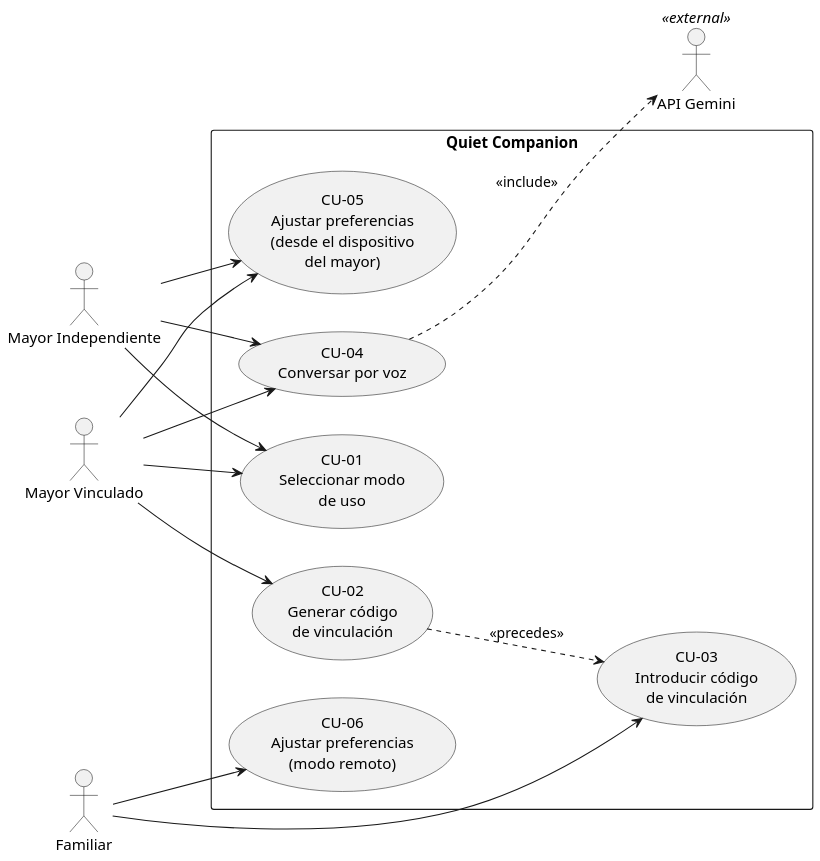
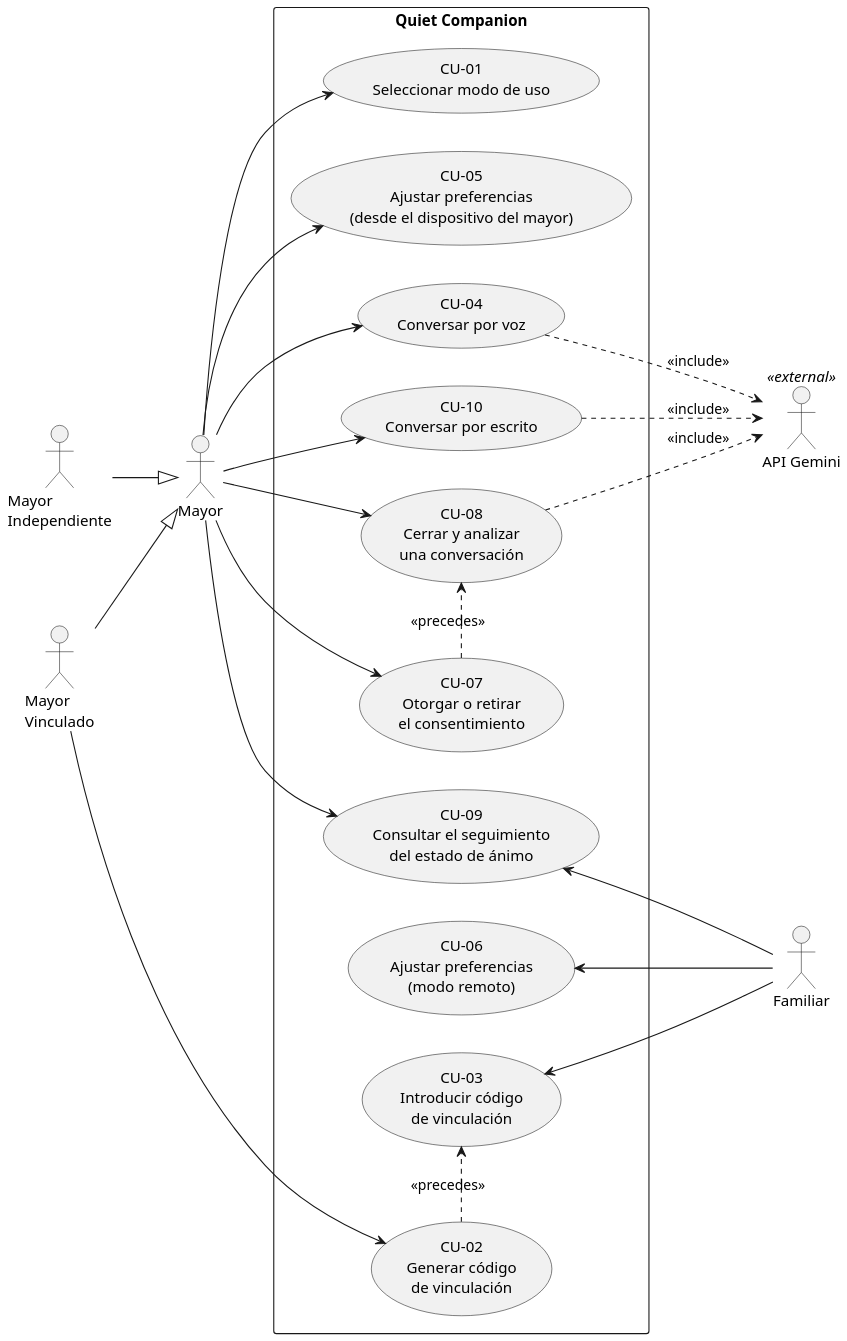
The diagram in doc/tfg/imagenes/uml/diagrama_casos_de_uso.puml (maario106/quiet_companion), drawn with PlantUML before and after one commit. The commit also changed 15 other files, not shown here.

```diff
--- a/doc/tfg/imagenes/uml/diagrama_casos_de_uso.puml
+++ b/doc/tfg/imagenes/uml/diagrama_casos_de_uso.puml
@@ -1,35 +1,51 @@
 @startuml diagrama_casos_de_uso
-' Casos de uso del MVP (CU-01 a CU-06), figura fig:casos-de-uso del capítulo 4.
+' Casos de uso del sistema (CU-01 a CU-10), figura fig:casos-de-uso del capítulo 4.
 ' Regenerar: java -jar plantuml.jar diagrama_casos_de_uso.puml
+' El mayor queda a la izquierda; el familiar y Gemini, a la derecha (las
+' flechas escritas como "CU <-- actor" colocan al actor detrás del caso de
+' uso). Las relaciones <<precedes>> no influyen en la colocación ([norank]).
 left to right direction
 skinparam dpi 150
 
-actor "Mayor Independiente" as MI
-actor "Mayor Vinculado" as MV
+actor "Mayor\nIndependiente" as MI
+actor "Mayor\nVinculado" as MV
+actor "Mayor" as M
 actor "Familiar" as FA
 actor "API Gemini" as GEM <<external>>
 
+MI --|> M
+MV --|> M
+
 rectangle "Quiet Companion" {
-  usecase "CU-05\nAjustar preferencias\n(desde el dispositivo\ndel mayor)" as CU05
-  usecase "CU-01\nSeleccionar modo\nde uso" as CU01
+  usecase "CU-01\nSeleccionar modo de uso" as CU01
+  usecase "CU-05\nAjustar preferencias\n(desde el dispositivo del mayor)" as CU05
   usecase "CU-04\nConversar por voz" as CU04
-  usecase "CU-02\nGenerar código\nde vinculación" as CU02
+  usecase "CU-10\nConversar por escrito" as CU10
+  usecase "CU-08\nCerrar y analizar\nuna conversación" as CU08
+  usecase "CU-07\nOtorgar o retirar\nel consentimiento" as CU07
+  usecase "CU-09\nConsultar el seguimiento\ndel estado de ánimo" as CU09
   usecase "CU-06\nAjustar preferencias\n(modo remoto)" as CU06
   usecase "CU-03\nIntroducir código\nde vinculación" as CU03
+  usecase "CU-02\nGenerar código\nde vinculación" as CU02
 }
 
-MI --> CU05
-MI --> CU01
-MI --> CU04
-
-MV --> CU05
-MV --> CU01
-MV --> CU04
+M --> CU01
+M --> CU05
+M --> CU04
+M --> CU10
+M --> CU08
+M --> CU07
+M --> CU09
 MV --> CU02
 
-FA --> CU06
-FA --> CU03
+CU04 ..> GEM : <<include>>
+CU10 ..> GEM : <<include>>
+CU08 ..> GEM : <<include>>
 
-CU04 ..> GEM : <<include>>
-CU02 ..> CU03 : <<precedes>>
+CU09 <-- FA
+CU06 <-- FA
+CU03 <-- FA
+
+CU07 .[norank].> CU08 : <<precedes>>
+CU02 .[norank].> CU03 : <<precedes>>
 @enduml
```
